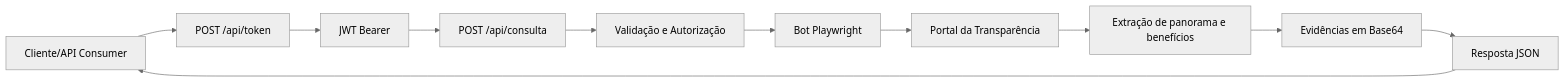
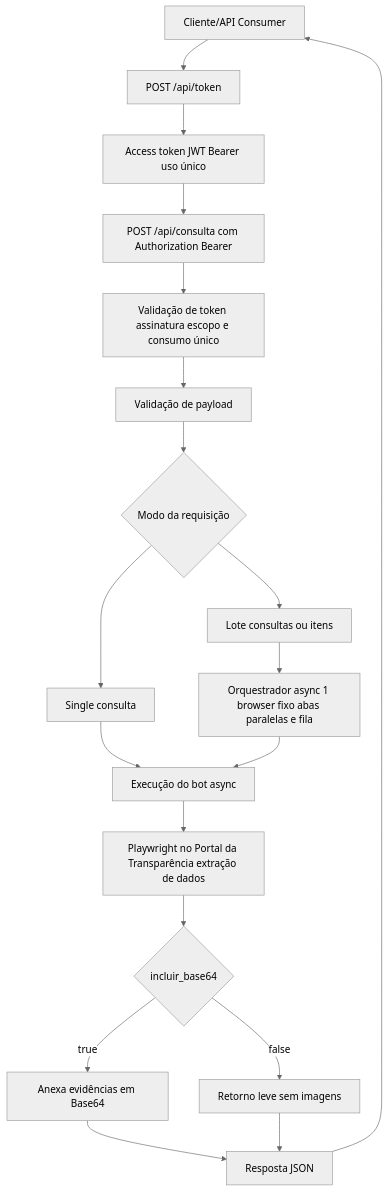
Before and after one commit to JCZerf/most-rpa-hyperautomation: the diagram in README.md, drawn with Mermaid (neutral theme). The commit also changed other lines of this file and 6 other files, not shown here.

````diff
--- a/README.md
+++ b/README.md
@@ -52,13 +63,21 @@
 ```mermaid
-flowchart LR
+flowchart TD
     A[Cliente/API Consumer] --> B[POST /api/token]
-    B --> C[JWT Bearer]
-    C --> D[POST /api/consulta]
-    D --> E[Validação e Autorização]
-    E --> F[Bot Playwright]
-    F --> G[Portal da Transparência]
-    G --> H[Extração de panorama e benefícios]
-    H --> I[Evidências em Base64]
-    I --> J[Resposta JSON]
-    J --> A
+    B --> C[Access token JWT Bearer uso único]
+    C --> D[POST /api/consulta com Authorization Bearer]
+    D --> E[Validação de token assinatura escopo e consumo único]
+    E --> F[Validação de payload]
+    F --> G{Modo da requisição}
+    G --> H[Single consulta]
+    G --> I[Lote consultas ou itens]
+    I --> J[Orquestrador async 1 browser fixo abas paralelas e fila]
+    H --> K[Execução do bot async]
+    J --> K
+    K --> L[Playwright no Portal da Transparência extração de dados]
+    L --> M{incluir_base64}
+    M -->|true| N[Anexa evidências em Base64]
+    M -->|false| O[Retorno leve sem imagens]
+    N --> P[Resposta JSON]
+    O --> P
+    P --> A
 ```
````
